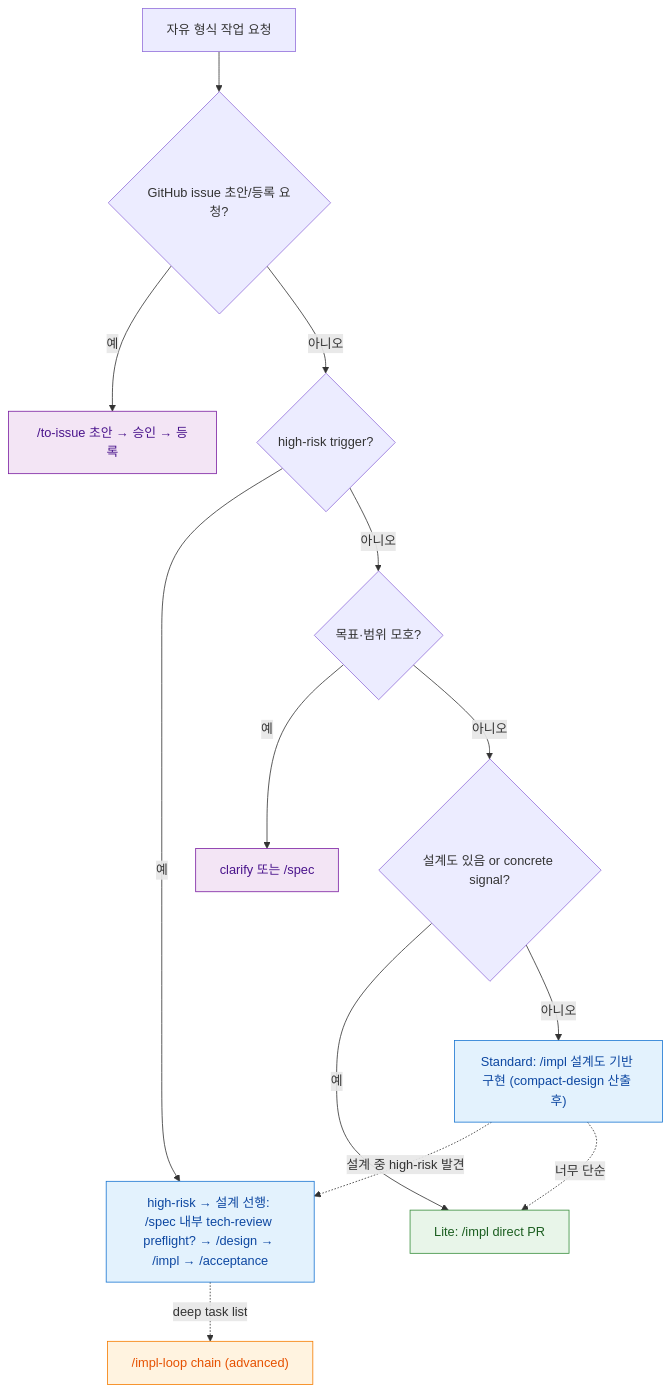
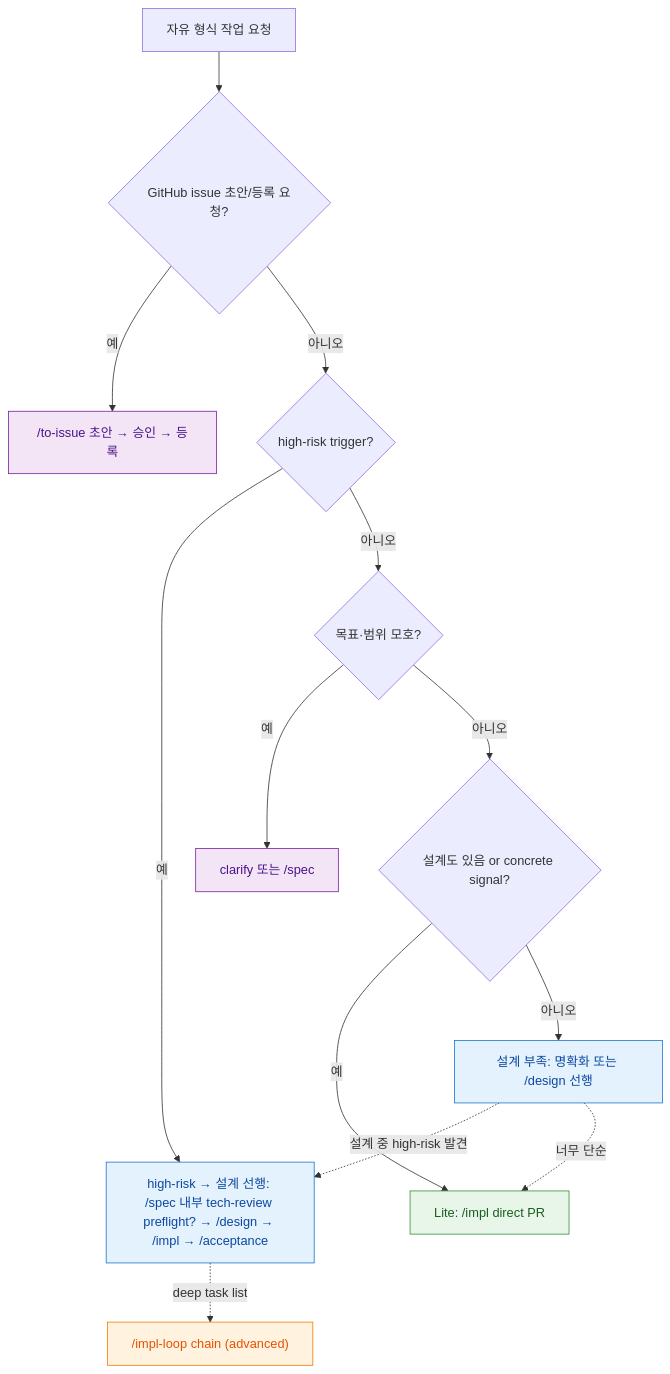
The diagram in docs/plugin/workflow-router.md (Daeguk-Sun/dcNess), drawn with Mermaid before and after one commit. The commit also changed other lines of this file and 35 other files, not shown here.

First line of the commit message:
[feature] compact design surface 제거

````diff
--- a/docs/plugin/workflow-router.md
+++ b/docs/plugin/workflow-router.md
@@ -45,26 +45,26 @@
 ```mermaid
 flowchart TB
   REQ["자유 형식 작업 요청"] --> MAKE{"GitHub issue 초안/등록 요청?"}
   MAKE -->|예| TI["/to-issue 초안 → 승인 → 등록"]
   MAKE -->|아니오| HR{"high-risk trigger?"}
   HR -->|예| DP["high-risk → 설계 선행: /spec 내부 tech-review preflight? → /design → /impl → /acceptance"]
   HR -->|아니오| AM{"목표·범위 모호?"}
   AM -->|예| CL["clarify 또는 /spec"]
   AM -->|아니오| CS{"설계도 있음 or concrete signal?"}
   CS -->|예| LT["Lite: /impl direct PR"]
-  CS -->|아니오| ST["Standard: /impl 설계도 기반 구현 (compact-design 산출 후)"]
+  CS -->|아니오| ST["설계 부족: 명확화 또는 /design 선행"]
   ST -.->|설계 중 high-risk 발견| DP
   ST -.->|너무 단순| LT
   DP -.->|deep task list| SHAPE["/impl-loop chain (advanced)"]
 
   classDef gate fill:#e3f2fd,stroke:#1976d2,color:#0d47a1
   classDef shape fill:#fff3e0,stroke:#f57c00,color:#e65100
   classDef clar fill:#f3e5f5,stroke:#7b1fa2,color:#4a148c
   classDef direct fill:#e8f5e9,stroke:#388e3c,color:#1b5e20
   class DP gate
   class SHAPE shape
   class CL clar
   class TI clar
   class LT direct
   class ST gate
 ```
````
